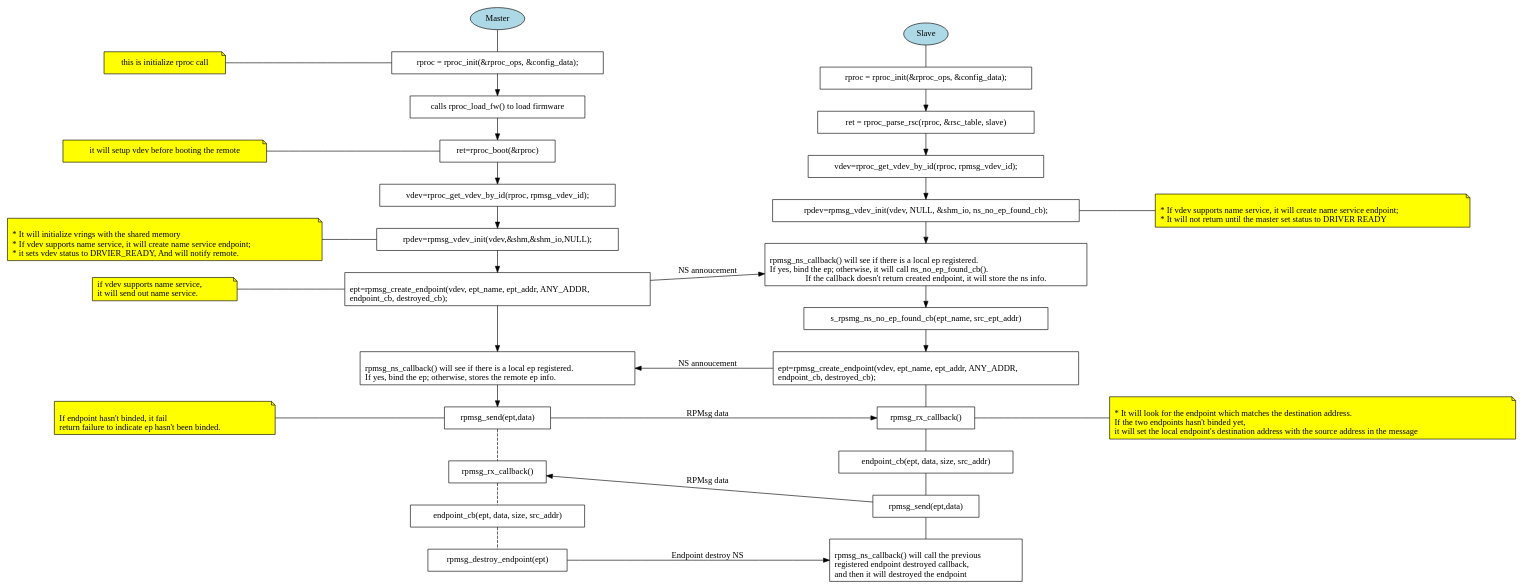
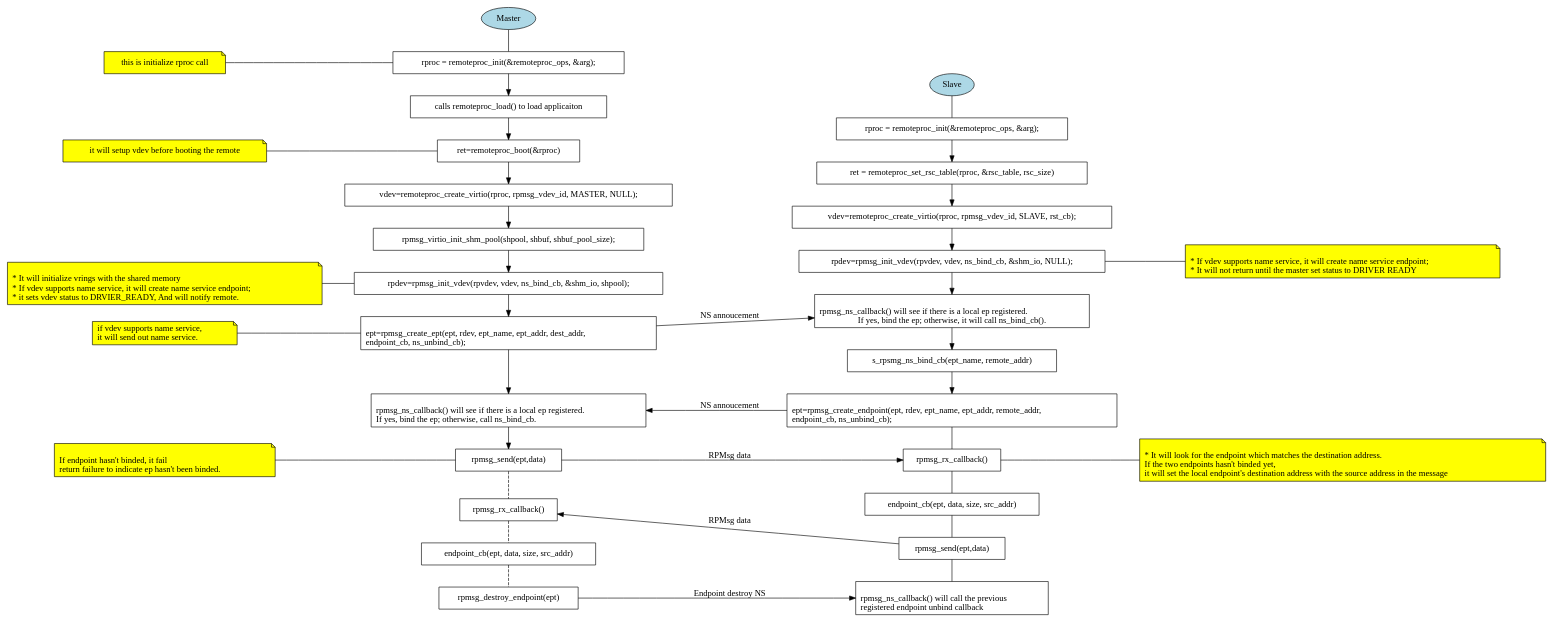
The diagram in docs/img-src/coprocessor-rpmsg-ns-dynamic.gv (OpenAMP/open-amp), drawn with Graphviz before and after one commit. The commit also changed 5 other files, not shown here.

```diff
--- a/docs/img-src/coprocessor-rpmsg-ns-dynamic.gv
+++ b/docs/img-src/coprocessor-rpmsg-ns-dynamic.gv
@@ -1,95 +1,96 @@
 // RPMsg dynamic endpoint creation
 
 digraph G {
   rankdir="LR";
 
   subgraph roles {
     node [style="filled", fillcolor="lightblue"];
     master [label="Master"];
     slave [label="Slave"];
   }
 
   subgraph m_comment_nodes {
     node [group=m_comment, shape="note", style="filled", fillcolor="yellow"];
     rank="same";
-    m_rproc_init_comment [label="this is initialize rproc call"];
-    m_rproc_boot_comment [label="it will setup vdev before booting the remote"];
+    m_remoteproc_init_comment [label="this is initialize rproc call"];
+    m_remoteproc_boot_comment [label="it will setup vdev before booting the remote"];
     m_rpmsg_vdev_init_comment [label="\l* It will initialize vrings with the shared memory\l* If vdev supports name service, it will create name service endpoint;\l* it sets vdev status to DRVIER_READY, And will notify remote.\l"];
     m_rpmsg_create_ep_comment [label="\if vdev supports name service,\lit will send out name service.\l"];
     m_rpmsg_send_comment [label="\lIf endpoint hasn't binded, it fail\lreturn failure to indicate ep hasn't been binded.\l"];
 
   }
 
   subgraph m_flow_nodes {
     node [shape="box"];
     rank="same";
-    m_rproc_init [label="rproc = rproc_init(&rproc_ops, &config_data);"];
-    m_rproc_load_fw [label="calls rproc_load_fw() to load firmware"];
-    m_rproc_boot [shape="box", label="ret=rproc_boot(&rproc)"];
-    m_rproc_get_vdev [label="vdev=rproc_get_vdev_by_id(rproc, rpmsg_vdev_id);"];
-    m_rpmsg_vdev_init [label="rpdev=rpmsg_vdev_init(vdev,&shm,&shm_io,NULL);"];
-    m_rpmsg_ns_cb [label="\lrpmsg_ns_callback() will see if there is a local ep registered.\lIf yes, bind the ep; otherwise, stores the remote ep info.\l"];
-    m_rpmsg_create_ep [label="\lept=rpmsg_create_endpoint(vdev, ept_name, ept_addr, ANY_ADDR,\lendpoint_cb, destroyed_cb);\l"];
+    m_remoteproc_init [label="rproc = remoteproc_init(&remoteproc_ops, &arg);"]
+    m_remoteproc_load [label="calls remoteproc_load() to load applicaiton"];
+    m_remoteproc_boot [shape="box", label="ret=remoteproc_boot(&rproc)"];
+    m_remoteproc_get_vdev [label="vdev=remoteproc_create_virtio(rproc, rpmsg_vdev_id, MASTER, NULL);"];
+    m_rpmsg_shmpool_init[label="rpmsg_virtio_init_shm_pool(shpool, shbuf, shbuf_pool_size);"];
+    m_rpmsg_vdev_init [label="rpdev=rpmsg_init_vdev(rpvdev, vdev, ns_bind_cb, &shm_io, shpool);"];
+    m_rpmsg_ns_cb [label="\lrpmsg_ns_callback() will see if there is a local ep registered.\lIf yes, bind the ep; otherwise, call ns_bind_cb.\l"];
+    m_rpmsg_create_ep [label="\lept=rpmsg_create_ept(ept, rdev, ept_name, ept_addr, dest_addr, \lendpoint_cb, ns_unbind_cb);\l"];
     m_rpmsg_send [label="rpmsg_send(ept,data)"];
     m_rpmsg_rx_cb [label="rpmsg_rx_callback()"];
     m_ep_cb [label="endpoint_cb(ept, data, size, src_addr)"];
     m_rpmsg_destroy_ep [label="rpmsg_destroy_endpoint(ept)"];
 
-    m_rproc_init -> m_rproc_load_fw -> m_rproc_boot -> m_rproc_get_vdev ->
-    m_rpmsg_vdev_init -> m_rpmsg_create_ep -> m_rpmsg_ns_cb -> m_rpmsg_send;
+    m_remoteproc_init -> m_remoteproc_load -> m_remoteproc_boot -> m_remoteproc_get_vdev ->
+    m_rpmsg_shmpool_init -> m_rpmsg_vdev_init -> m_rpmsg_create_ep -> m_rpmsg_ns_cb -> m_rpmsg_send;
     m_rpmsg_send -> m_rpmsg_rx_cb -> m_ep_cb ->
     m_rpmsg_destroy_ep [dir="none", style="dashed"];
   }
 
   subgraph s_flow_nodes {
     rank="same";
     node [shape="box"];
-    s_rproc_init [label="rproc = rproc_init(&rproc_ops, &config_data);"];
+    s_remoteproc_init [label="rproc = remoteproc_init(&remoteproc_ops, &arg);"];
 
-    s_rproc_parse_rsc [label="ret = rproc_parse_rsc(rproc, &rsc_table, slave)"];
-    s_rproc_get_vdev [label="vdev=rproc_get_vdev_by_id(rproc, rpmsg_vdev_id);"];
-    s_rpmsg_vdev_init [label="rpdev=rpmsg_vdev_init(vdev, NULL, &shm_io, ns_no_ep_found_cb);"];
-    s_rpmsg_ns_cb [label="\lrpmsg_ns_callback() will see if there is a local ep registered.\lIf yes, bind the ep; otherwise, it will call ns_no_ep_found_cb().\lIf the callback doesn't return created endpoint, it will store the ns info."];
-    s_rpmsg_no_ep_found_cb [label="s_rpsmg_ns_no_ep_found_cb(ept_name, src_ept_addr)"];
-    s_rpmsg_create_ep [label="\lept=rpmsg_create_endpoint(vdev, ept_name, ept_addr, ANY_ADDR,\lendpoint_cb, destroyed_cb);\l"];
+    s_remoteproc_parse_rsc [label="ret = remoteproc_set_rsc_table(rproc, &rsc_table, rsc_size)"];
+    s_remoteproc_get_vdev [label="vdev=remoteproc_create_virtio(rproc, rpmsg_vdev_id, SLAVE, rst_cb);"];
+    s_rpmsg_vdev_init [label="rpdev=rpmsg_init_vdev(rpvdev, vdev, ns_bind_cb, &shm_io, NULL);"];
+    s_rpmsg_ns_cb [label="\lrpmsg_ns_callback() will see if there is a local ep registered.\lIf yes, bind the ep; otherwise, it will call ns_bind_cb()."];
+    s_rpmsg_ns_bind_cb [label="s_rpsmg_ns_bind_cb(ept_name, remote_addr)"];
+    s_rpmsg_create_ep [label="\lept=rpmsg_create_endpoint(ept, rdev, ept_name, ept_addr, remote_addr,\lendpoint_cb, ns_unbind_cb);\l"];
     s_rpmsg_send [label="rpmsg_send(ept,data)"];
     s_rpmsg_rx_cb [label="rpmsg_rx_callback()"];
     s_ep_cb [label="endpoint_cb(ept, data, size, src_addr)"];
-    s_rpmsg_ns_cb_destroy [label="\lrpmsg_ns_callback() will call the previous\lregistered endpoint destroyed callback,\land then it will destroyed the endpoint\l"];
+    s_rpmsg_ns_unbind_cb [label="\lrpmsg_ns_callback() will call the previous\lregistered endpoint unbind callback\l"];
 
-    s_rproc_init -> s_rproc_parse_rsc -> s_rproc_get_vdev ->
-    s_rpmsg_vdev_init -> s_rpmsg_ns_cb -> s_rpmsg_no_ep_found_cb ->
+    s_remoteproc_init -> s_remoteproc_parse_rsc -> s_remoteproc_get_vdev ->
+    s_rpmsg_vdev_init -> s_rpmsg_ns_cb -> s_rpmsg_ns_bind_cb ->
     s_rpmsg_create_ep;
     s_rpmsg_create_ep-> s_rpmsg_rx_cb -> s_ep_cb -> s_rpmsg_send ->
-    s_rpmsg_ns_cb_destroy [dir="none", style="dash"];
+    s_rpmsg_ns_unbind_cb [dir="none", style="dash"];
 
   }
 
   subgraph s_comment_nodes {
     node [group=s_comment, shape="note", style="filled", fillcolor="yellow"];
     rank="same";
     s_rpmsg_vdev_init_comment [label="\l* If vdev supports name service, it will create name service endpoint;\l* It will not return until the master set status to DRIVER READY\l"];
     s_rpmsg_rx_cb_comment [label="\l* It will look for the endpoint which matches the destination address.\lIf the two endpoints hasn't binded yet,\lit will set the local endpoint's destination address with the source address in the message\l"];
   }
 
-  master -> m_rproc_init [dir="none"];
-  slave -> s_rproc_init [dir="none"];
+  master -> m_remoteproc_init [dir="none"];
+  slave -> s_remoteproc_init [dir="none"];
   s_rpmsg_create_ep -> m_rpmsg_ns_cb [label="NS annoucement"];
   m_rpmsg_create_ep -> s_rpmsg_ns_cb [label="NS annoucement"];
   m_rpmsg_send -> s_rpmsg_rx_cb [label="RPMsg data"];
   s_rpmsg_send -> m_rpmsg_rx_cb [label="RPMsg data"];
-  m_rpmsg_destroy_ep -> s_rpmsg_ns_cb_destroy [label="Endpoint destroy NS"];
+  m_rpmsg_destroy_ep -> s_rpmsg_ns_unbind_cb [label="Endpoint destroy NS"];
 
-  m_rproc_init_comment -> m_rproc_init [dir="none"];
-  m_rproc_boot_comment -> m_rproc_boot [dir="none"];
+  m_remoteproc_init_comment -> m_remoteproc_init [dir="none"];
+  m_remoteproc_boot_comment -> m_remoteproc_boot [dir="none"];
   m_rpmsg_vdev_init_comment -> m_rpmsg_vdev_init [dir="none"];
   m_rpmsg_create_ep_comment -> m_rpmsg_create_ep [dir="none"];
   m_rpmsg_send_comment -> m_rpmsg_send [dir="none"];
 
   s_rpmsg_vdev_init -> s_rpmsg_vdev_init_comment [dir="none"];
   s_rpmsg_rx_cb -> s_rpmsg_rx_cb_comment [dir="none"];
 
-  {rank=same; master; m_rproc_init}
-  {rank=same; slave; s_rproc_init}
+  {rank=same; master; m_remoteproc_init}
+  {rank=same; slave; s_remoteproc_init}
 
 }
```
